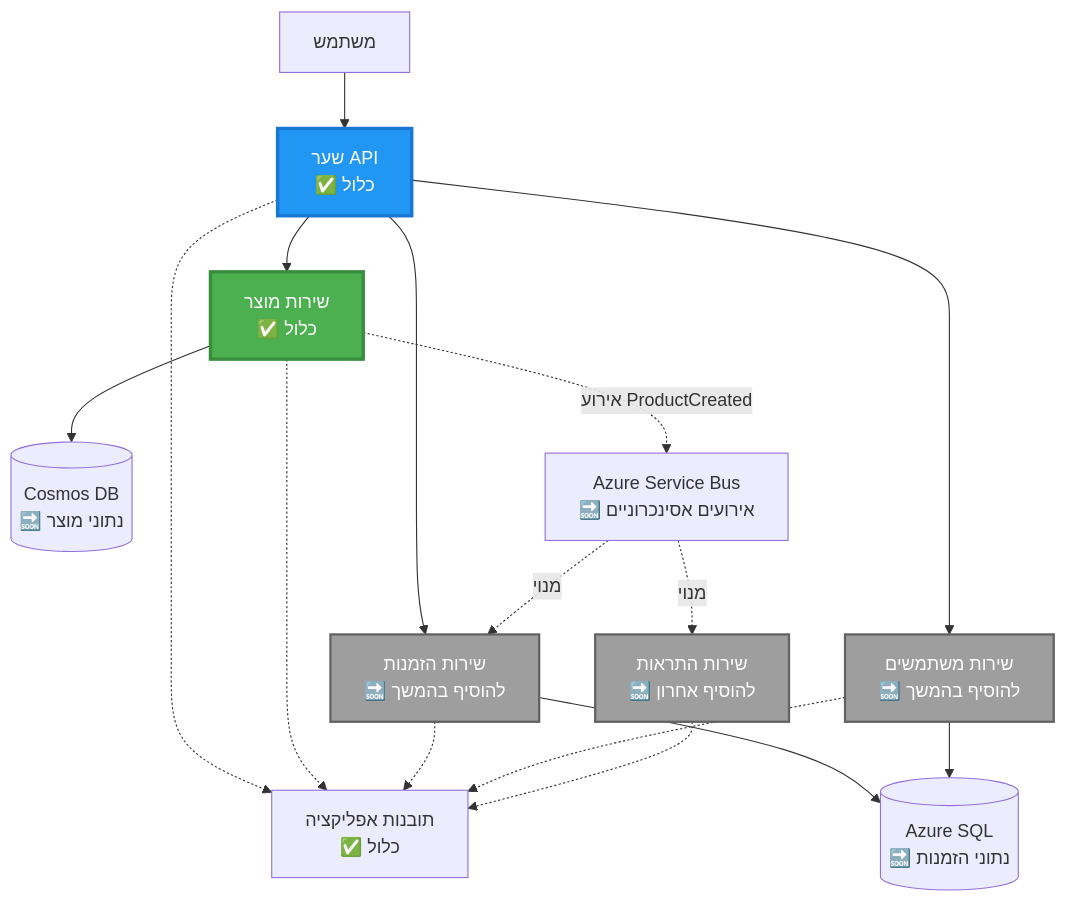
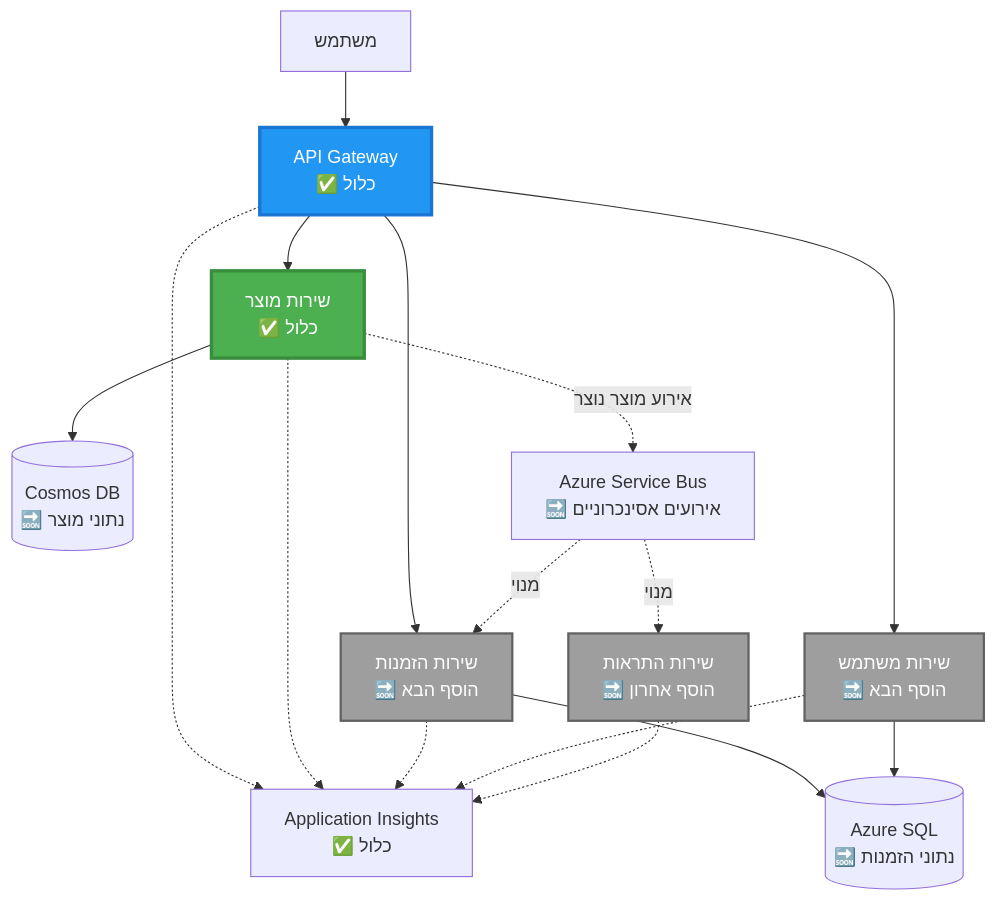
The second of 4 diagrams in translations/he/examples/microservices/README.md (microsoft/AZD-for-beginners), drawn with Mermaid before and after one commit. The commit also changed other lines of this file and 242 other files, not shown here.

````diff
--- a/translations/he/examples/microservices/README.md
+++ b/translations/he/examples/microservices/README.md
@@ -78,39 +69,39 @@
 ```mermaid
 graph TB
     User[משתמש]
-    Gateway[שער API<br/>✅ כלול]
+    Gateway[API Gateway<br/>✅ כלול]
     Product[שירות מוצר<br/>✅ כלול]
-    Order[שירות הזמנות<br/>🔜 להוסיף בהמשך]
-    UserSvc[שירות משתמשים<br/>🔜 להוסיף בהמשך]
-    Notify[שירות התראות<br/>🔜 להוסיף אחרון]
+    Order[שירות הזמנות<br/>🔜 הוסף הבא]
+    UserSvc[שירות משתמש<br/>🔜 הוסף הבא]
+    Notify[שירות התראות<br/>🔜 הוסף אחרון]
     
     CosmosDB[(Cosmos DB<br/>🔜 נתוני מוצר)]
     AzureSQL[(Azure SQL<br/>🔜 נתוני הזמנות)]
     ServiceBus[Azure Service Bus<br/>🔜 אירועים אסינכרוניים]
-    AppInsights[תובנות אפליקציה<br/>✅ כלול]
+    AppInsights[Application Insights<br/>✅ כלול]
     
     User --> Gateway
     Gateway --> Product
     Gateway --> Order
     Gateway --> UserSvc
     
     Product --> CosmosDB
     Order --> AzureSQL
     UserSvc --> AzureSQL
     
-    Product -.->|אירוע ProductCreated| ServiceBus
+    Product -.->|אירוע מוצר נוצר| ServiceBus
     ServiceBus -.->|מנוי| Notify
     ServiceBus -.->|מנוי| Order
     
     Gateway -.-> AppInsights
     Product -.-> AppInsights
     Order -.-> AppInsights
     UserSvc -.-> AppInsights
     Notify -.-> AppInsights
     
     style Product fill:#4CAF50,stroke:#388E3C,stroke-width:3px,color:#fff
     style Gateway fill:#2196F3,stroke:#1976D2,stroke-width:3px,color:#fff
     style Order fill:#9E9E9E,stroke:#616161,stroke-width:2px,color:#fff
     style UserSvc fill:#9E9E9E,stroke:#616161,stroke-width:2px,color:#fff
     style Notify fill:#9E9E9E,stroke:#616161,stroke-width:2px,color:#fff
 ```
````
